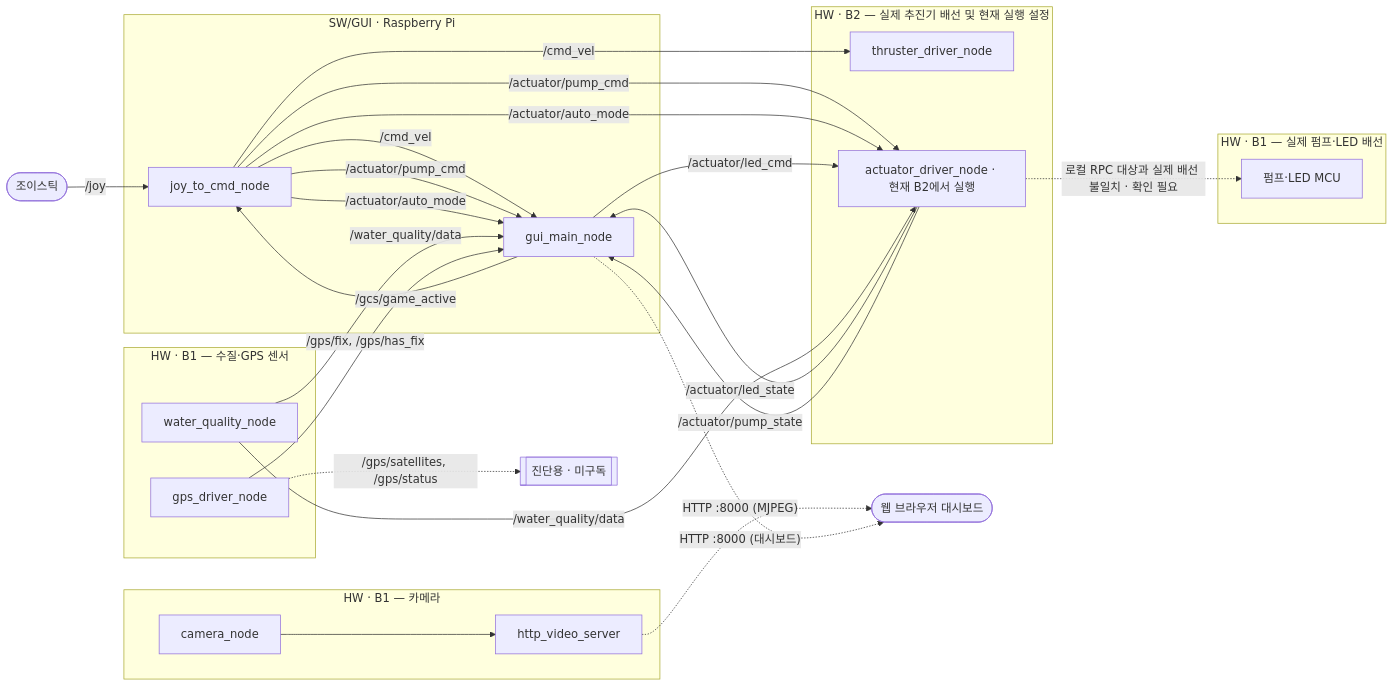
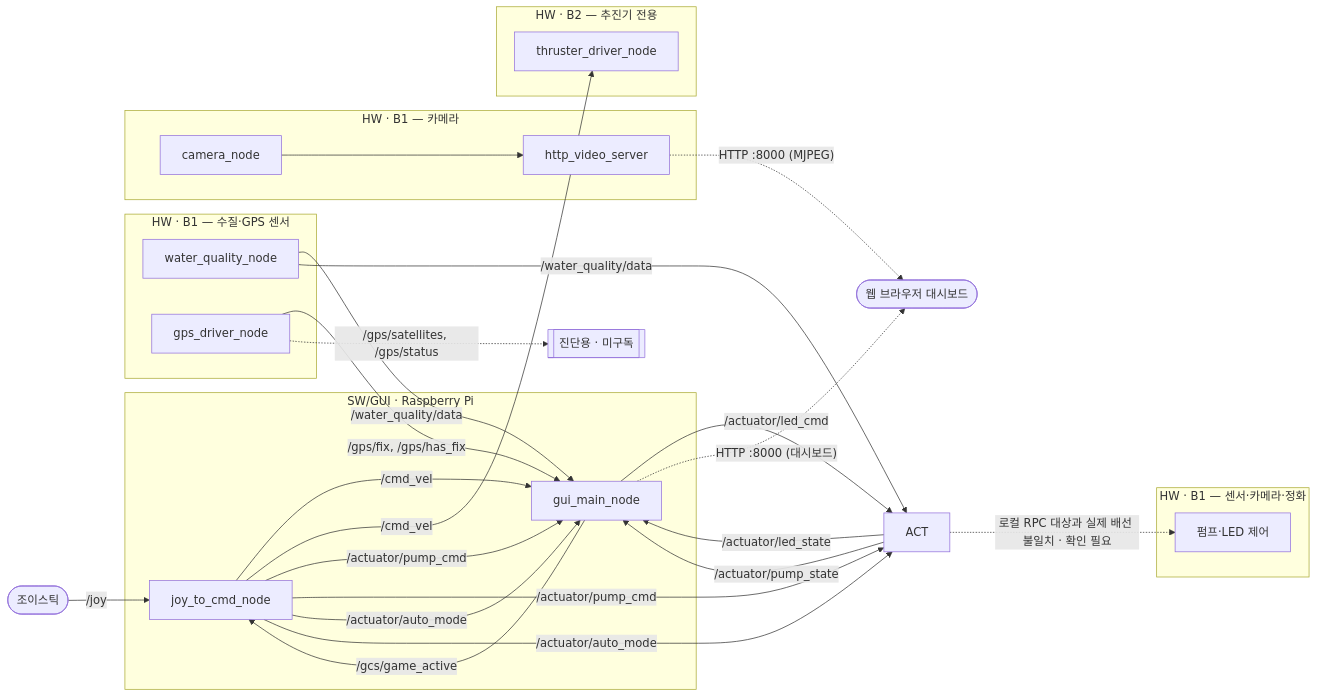
The diagram in README.md (gwakminji/6can_usv_ws), drawn with Mermaid before and after one commit. The commit also changed other lines of this file, not shown here.

````diff
--- a/README.md
+++ b/README.md
@@ -88,52 +83,51 @@
 ```mermaid
 flowchart LR
   JOY([조이스틱]) -->|/joy| J2C
   BROWSER([웹 브라우저 대시보드])
   DIAG[[진단용 · 미구독]]
 
   subgraph GCS["SW/GUI · Raspberry Pi"]
     J2C[joy_to_cmd_node]
     GUI[gui_main_node]
   end
 
   subgraph B1S["HW · B1 — 수질·GPS 센서"]
     WQN[water_quality_node]
     GPSN[gps_driver_node]
   end
 
   subgraph B1C["HW · B1 — 카메라"]
     CAMN[camera_node]
     HVS[http_video_server]
   end
 
-  subgraph B1A["HW · B1 — 실제 펌프·LED 배선"]
-    PUMP[펌프·LED MCU]
+  subgraph B1A["HW · B1 — 센서·카메라·정화"]
+    PUMP[펌프·LED 제어]
   end
 
-  subgraph B2["HW · B2 — 실제 추진기 배선 및 현재 실행 설정"]
+  subgraph B2["HW · B2 — 추진기 전용"]
     THR[thruster_driver_node]
-    ACT[actuator_driver_node · 현재 B2에서 실행]
   end
 
   J2C -->|/cmd_vel| GUI
   J2C -->|/cmd_vel| THR
   J2C -->|/actuator/pump_cmd| GUI
   J2C -->|/actuator/pump_cmd| ACT
   J2C -->|/actuator/auto_mode| GUI
   J2C -->|/actuator/auto_mode| ACT
   GUI -->|/gcs/game_active| J2C
   GUI -->|/actuator/led_cmd| ACT
   ACT -->|/actuator/led_state| GUI
 
   WQN -->|/water_quality/data| GUI
   WQN -->|/water_quality/data| ACT
   GPSN -->|/gps/fix, /gps/has_fix| GUI
   GPSN -.->|/gps/satellites, /gps/status| DIAG
 
   CAMN --> HVS
   HVS -. "HTTP :8000 (MJPEG)" .-> BROWSER
   GUI -. "HTTP :8000 (대시보드)" .-> BROWSER
 
   ACT -->|/actuator/pump_state| GUI
   ACT -.->|로컬 RPC 대상과 실제 배선 불일치 · 확인 필요| PUMP
 ```
````
